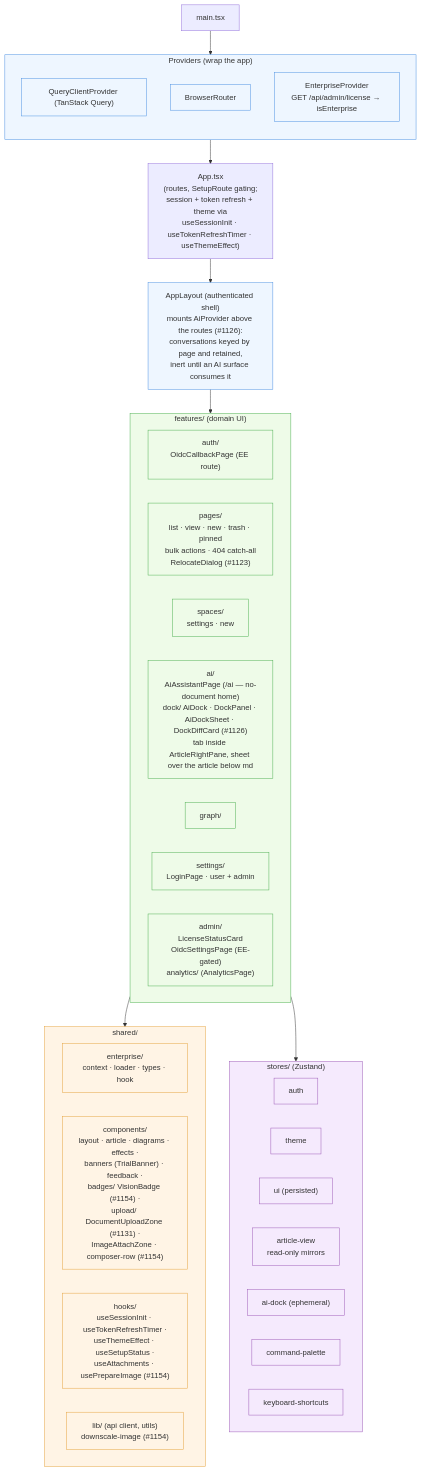
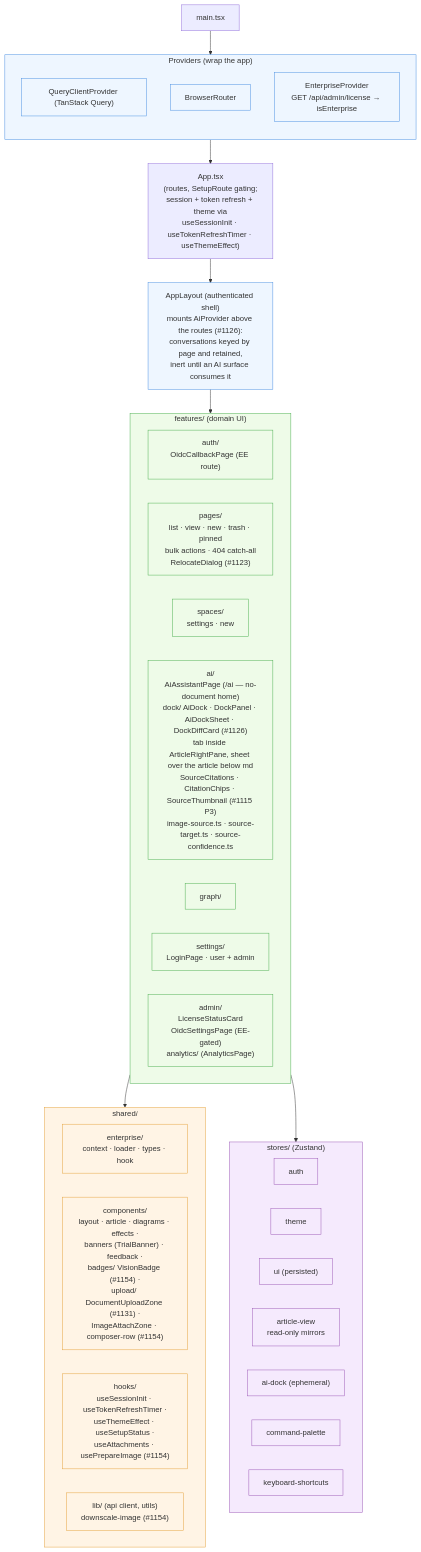
The first of 5 diagrams in docs/architecture/04-frontend-structure.md (Compendiq/compendiq-ce), drawn with Mermaid before and after one commit. The commit also changed 42 other files, not shown here.

````diff
--- a/docs/architecture/04-frontend-structure.md
+++ b/docs/architecture/04-frontend-structure.md
@@ -8,59 +8,59 @@
 ```mermaid
 flowchart TB
     main["main.tsx"]
 
     subgraph providers["Providers (wrap the app)"]
         direction TB
         qp["QueryClientProvider (TanStack Query)"]
         rp["BrowserRouter"]
         ep["EnterpriseProvider<br/>GET /api/admin/license → isEnterprise"]
     end
 
     main --> providers
     providers --> app["App.tsx<br/>(routes, SetupRoute gating;<br/>session + token refresh + theme via<br/>useSessionInit · useTokenRefreshTimer · useThemeEffect)"]
 
     subgraph features["features/ (domain UI)"]
         direction LR
         fAuth["auth/<br/>OidcCallbackPage (EE route)"]
         fPages["pages/<br/>list · view · new · trash · pinned<br/>bulk actions · 404 catch-all<br/>RelocateDialog (#1123)"]
         fSpaces["spaces/<br/>settings · new"]
-        fAI["ai/<br/>AiAssistantPage (/ai — no-document home)<br/>dock/ AiDock · DockPanel · AiDockSheet · DockDiffCard (#1126)<br/>tab inside ArticleRightPane, sheet over the article below md"]
+        fAI["ai/<br/>AiAssistantPage (/ai — no-document home)<br/>dock/ AiDock · DockPanel · AiDockSheet · DockDiffCard (#1126)<br/>tab inside ArticleRightPane, sheet over the article below md<br/>SourceCitations · CitationChips · SourceThumbnail (#1115 P3)<br/>image-source.ts · source-target.ts · source-confidence.ts"]
         fGraph["graph/"]
         fSettings["settings/<br/>LoginPage · user + admin"]
         fAdmin["admin/<br/>LicenseStatusCard<br/>OidcSettingsPage (EE-gated)<br/>analytics/ (AnalyticsPage)"]
     end
 
     app --> shell["AppLayout (authenticated shell)<br/>mounts AiProvider above the routes (#1126):<br/>conversations keyed by page and retained,<br/>inert until an AI surface consumes it"]
     shell --> features
 
     subgraph shared["shared/"]
         direction LR
         sEnt["enterprise/<br/>context · loader · types · hook"]
         sComp["components/<br/>layout · article · diagrams · effects ·<br/>banners (TrialBanner) · feedback ·<br/>badges/ VisionBadge (#1154) ·<br/>upload/ DocumentUploadZone (#1131) ·<br/>ImageAttachZone · composer-row (#1154)"]
         sHooks["hooks/<br/>useSessionInit · useTokenRefreshTimer ·<br/>useThemeEffect · useSetupStatus ·<br/>useAttachments · usePrepareImage (#1154)"]
         sLib["lib/ (api client, utils)<br/>downscale-image (#1154)"]
     end
 
     features --> shared
 
     subgraph stores["stores/ (Zustand)"]
         zAuth["auth"]
         zTheme["theme"]
         zUI["ui (persisted)"]
         zAV["article-view<br/>read-only mirrors"]
         zDock["ai-dock (ephemeral)"]
         zCmd["command-palette"]
         zKb["keyboard-shortcuts"]
     end
 
     features --> stores
 
     classDef prov fill:#eef6ff,stroke:#4a90e2
     classDef feat fill:#eefbe8,stroke:#4caf50
     classDef sh fill:#fff4e5,stroke:#e5a23c
     classDef st fill:#f5eafd,stroke:#9b59b6
     class providers,qp,rp,ep,shell prov
     class features,fAuth,fPages,fSpaces,fAI,fGraph,fSettings,fAdmin feat
     class shared,sEnt,sComp,sHooks,sLib sh
     class stores,zAuth,zTheme,zUI,zAV,zDock,zCmd,zKb st
 ```
````
